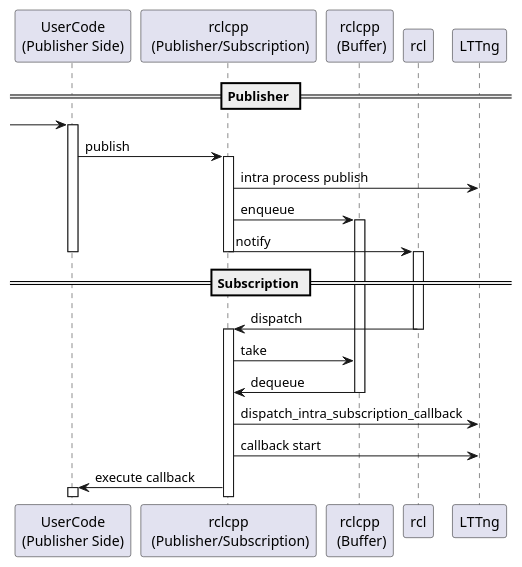
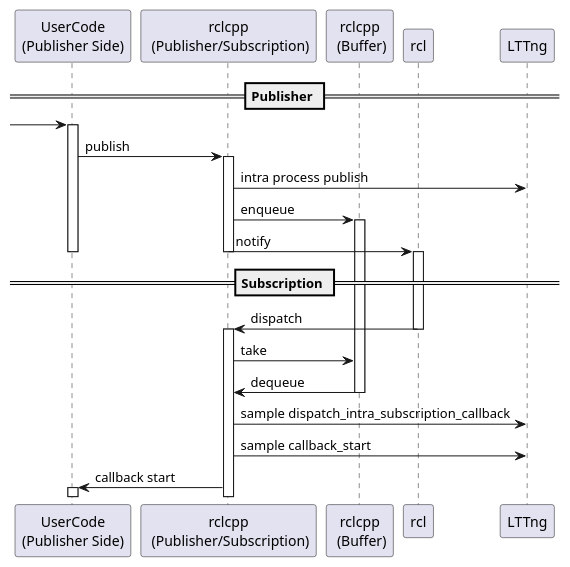
Before and after one commit to tier4/caret_doc: the first of 2 diagrams in docs/design/latency_definitions/communication.md, drawn with PlantUML. The commit also changed other lines of this file, not shown here.

````diff
--- a/docs/design/latency_definitions/communication.md
+++ b/docs/design/latency_definitions/communication.md
@@ -39,42 +25,42 @@
 ```plantuml
 @startuml
 
 participant "UserCode\n(Publisher Side)" as Callback
 participant "rclcpp\n (Publisher/Subscription)" as Rclcpp
 participant "rclcpp\n (Buffer)" as Buffer
 participant rcl
 participant LTTng
 
 == Publisher ==
 
 -> Callback
 activate Callback
 
 Callback -> Rclcpp : publish
 activate Rclcpp
 Rclcpp -> LTTng : intra process publish
 
 Rclcpp -> Buffer : enqueue
 activate Buffer
 Rclcpp -> rcl : notify
 deactivate Rclcpp
 activate rcl
 
 deactivate Callback
 
 == Subscription ==
 
 rcl -> Rclcpp : dispatch
 deactivate rcl
 activate Rclcpp
 
 Rclcpp -> Buffer : take
 Buffer -> Rclcpp: dequeue
 deactivate Buffer
-Rclcpp -> LTTng: dispatch_intra_subscription_callback
-Rclcpp -> LTTng : callback start
-Rclcpp -> Callback : execute callback
+Rclcpp -> LTTng: sample dispatch_intra_subscription_callback
+Rclcpp -> LTTng : sample callback_start
+Rclcpp -> Callback : callback start
 
 activate Callback
 @enduml
 ```
````
